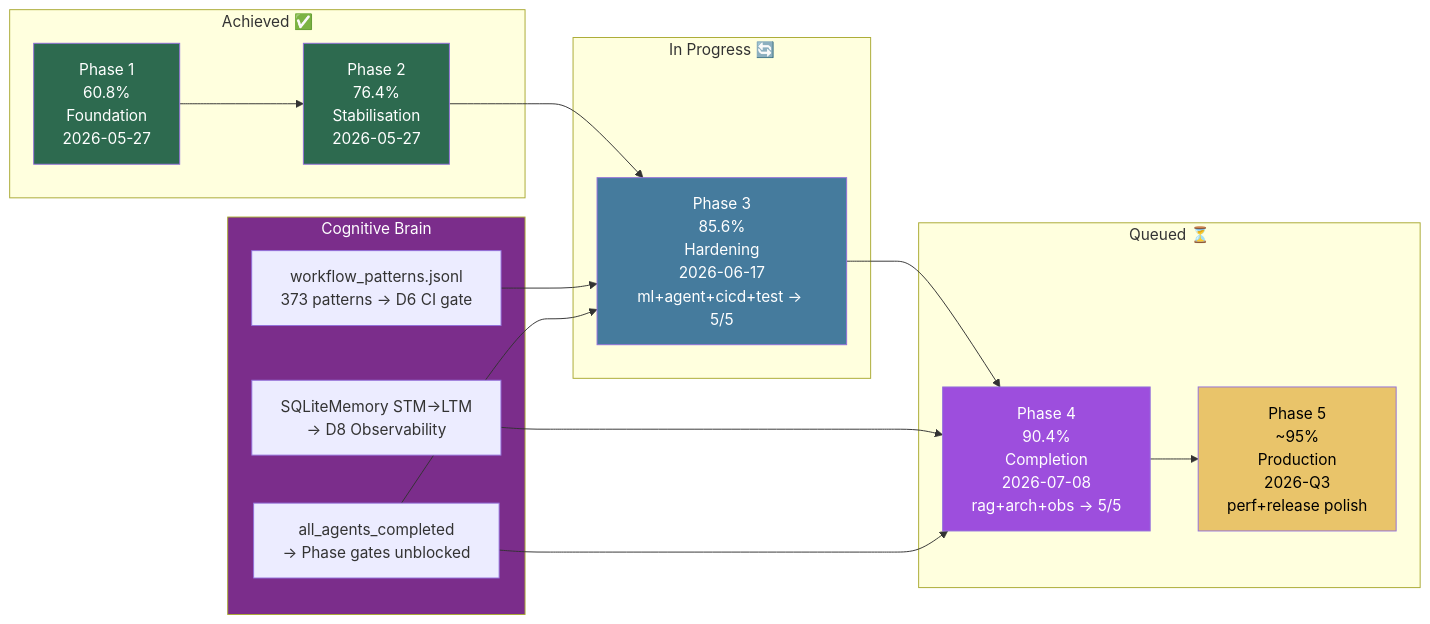
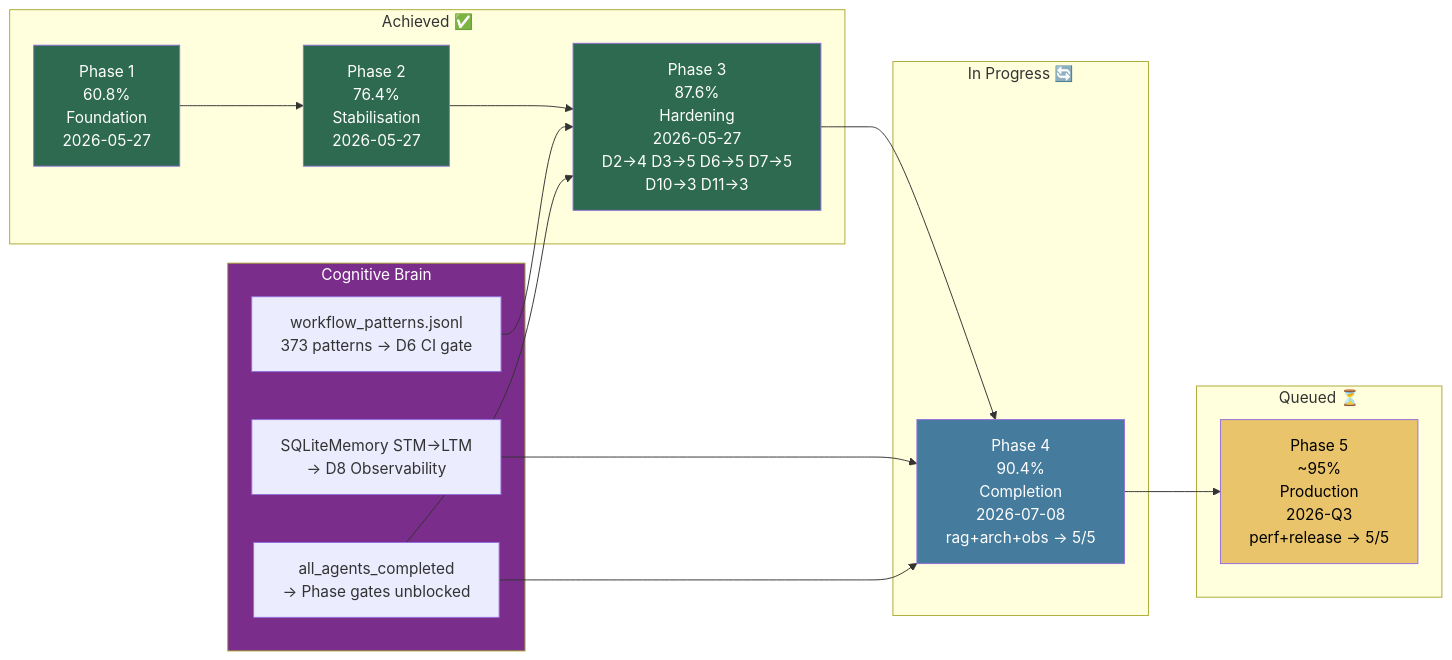
One commit to Aries-Serpent/_codex_ changed the diagram in .codex/COMPLETION_DASHBOARD.md. Above: the diagram before and after it, drawn with Mermaid. The commit also changed other lines of this file and 9 other files, not shown here.

````diff
--- a/.codex/COMPLETION_DASHBOARD.md
+++ b/.codex/COMPLETION_DASHBOARD.md
@@ -36,34 +36,34 @@
 ```mermaid
 flowchart LR
     subgraph DONE["Achieved ✅"]
         P1["Phase 1\n60.8%\nFoundation\n2026-05-27"]
         P2["Phase 2\n76.4%\nStabilisation\n2026-05-27"]
+        P3["Phase 3\n87.6%\nHardening\n2026-05-27\nD2→4 D3→5 D6→5 D7→5\nD10→3 D11→3"]
     end
 
     subgraph ACTIVE["In Progress 🔄"]
-        P3["Phase 3\n85.6%\nHardening\n2026-06-17\nml+agent+cicd+test → 5/5"]
+        P4["Phase 4\n90.4%\nCompletion\n2026-07-08\nrag+arch+obs → 5/5"]
     end
 
     subgraph QUEUED["Queued ⏳"]
-        P4["Phase 4\n90.4%\nCompletion\n2026-07-08\nrag+arch+obs → 5/5"]
-        P5["Phase 5\n~95%\nProduction\n2026-Q3\nperf+release polish"]
+        P5["Phase 5\n~95%\nProduction\n2026-Q3\nperf+release → 5/5"]
     end
 
     subgraph CB["Cognitive Brain"]
         CB1["workflow_patterns.jsonl\n373 patterns → D6 CI gate"]
         CB2["SQLiteMemory STM→LTM\n→ D8 Observability"]
         CB3["all_agents_completed\n→ Phase gates unblocked"]
     end
 
     P1 --> P2 --> P3 --> P4 --> P5
     CB1 --> P3
     CB2 --> P4
     CB3 --> P3 & P4
 
     style P1 fill:#2d6a4f,color:#fff
     style P2 fill:#2d6a4f,color:#fff
-    style P3 fill:#457b9d,color:#fff
-    style P4 fill:#9d4edd,color:#fff
+    style P3 fill:#2d6a4f,color:#fff
+    style P4 fill:#457b9d,color:#fff
     style P5 fill:#e9c46a,color:#000
     style CB fill:#7b2d8b,color:#fff
 ```
````
